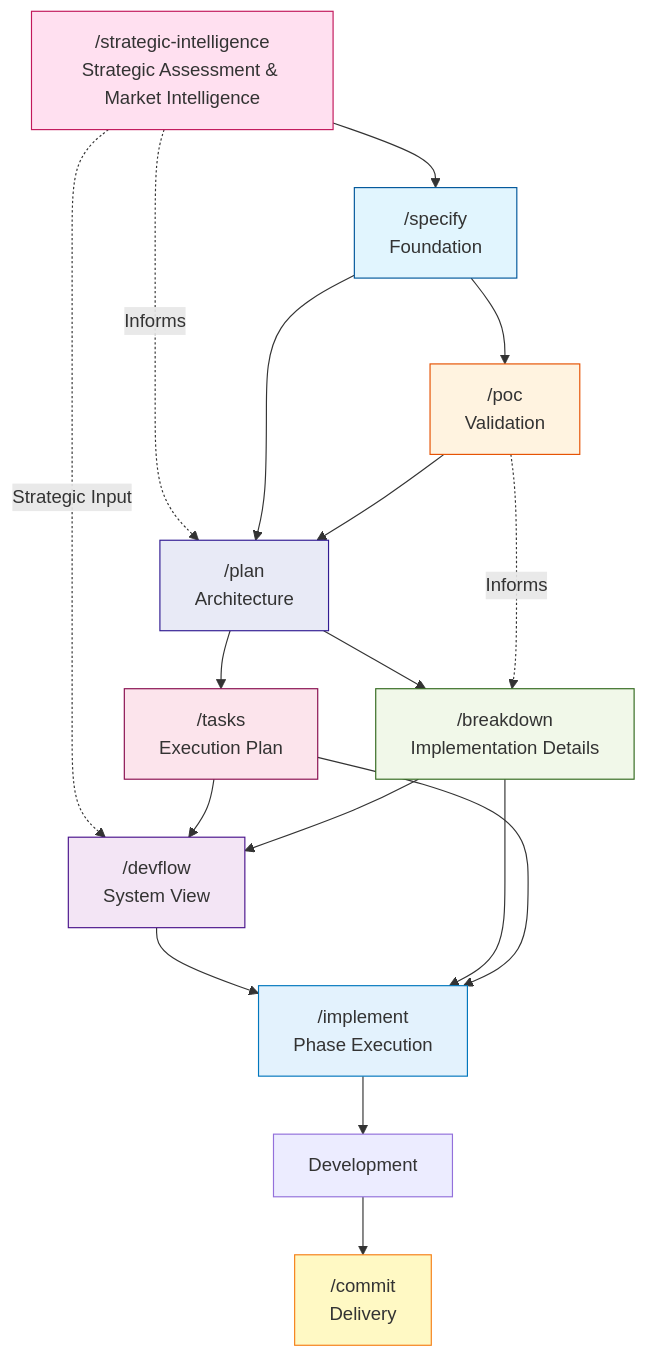
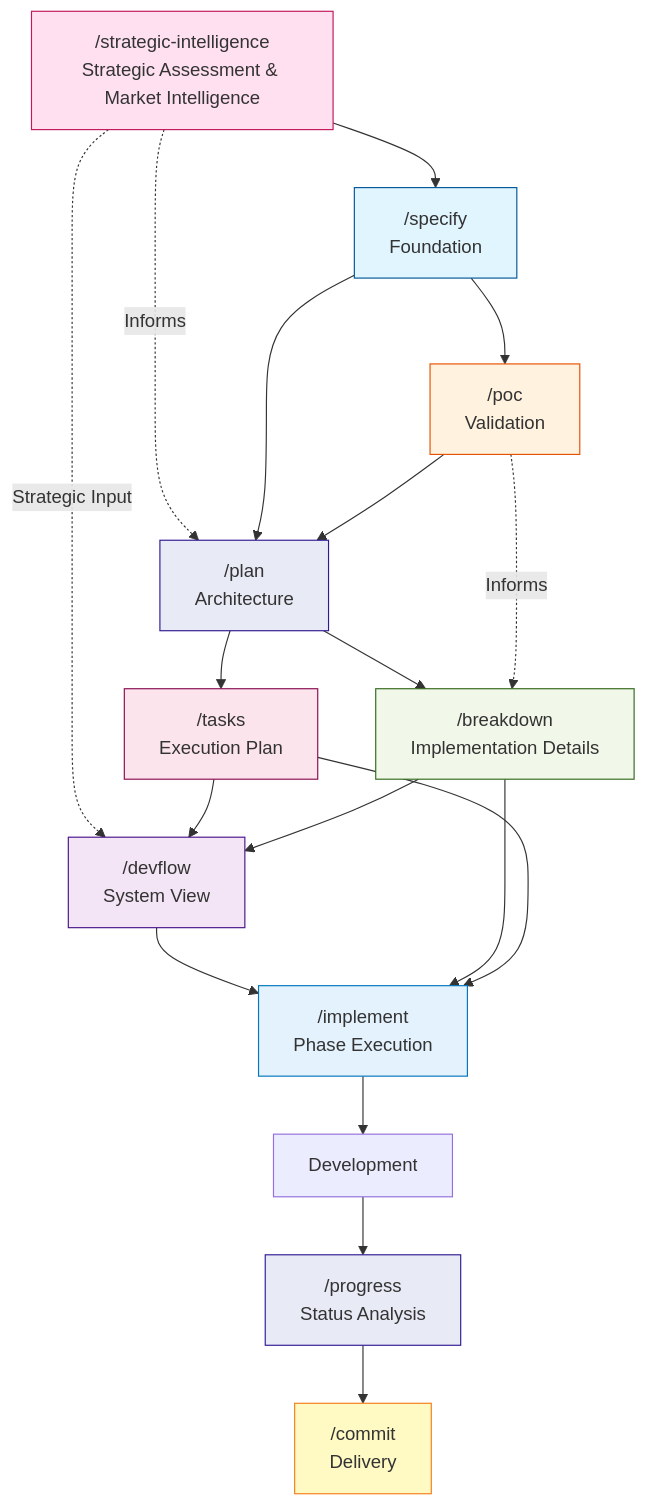
Diagram 13 of 23 in commands/WORKFLOW.md (Mathews-Tom/sage-dev), drawn with Mermaid before and after one commit. The commit also changed other lines of this file and 1 other file, not shown here.

Commit message:
docs: integrate /progress into workflow and usage. Positions status analysis between /implement and /commit with updated diagrams, sequences, scenarios, and checklists to improve delivery transparency.

````diff
--- a/commands/WORKFLOW.md
+++ b/commands/WORKFLOW.md
@@ -313,35 +324,37 @@
 ```mermaid
 graph TD
     Assessment["/strategic-intelligence<br/>Strategic Assessment & Market Intelligence"] --> Specify["/specify<br/>Foundation"]
     Assessment -.->|Informs| Plan["/plan<br/>Architecture"]
     Assessment -.->|Strategic Input| DevFlow["/devflow<br/>System View"]
 
     Specify --> Plan
     Specify --> POC["/poc<br/>Validation"]
 
     Plan --> Tasks["/tasks<br/>Execution Plan"]
     Plan --> Breakdown["/breakdown<br/>Implementation Details"]
 
     Tasks --> DevFlow
     Breakdown --> DevFlow
 
     POC --> Plan
     POC -.->|Informs| Breakdown
 
     DevFlow --> Implement["/implement<br/>Phase Execution"]
     Breakdown --> Implement
     Tasks --> Implement
 
     Implement --> Dev[Development]
-    Dev --> Commit["/commit<br/>Delivery"]
+    Dev --> Progress["/progress<br/>Status Analysis"]
+    Progress --> Commit["/commit<br/>Delivery"]
 
     style Assessment fill:#ffe0f0,stroke:#c2185b
     style Specify fill:#e1f5fe,stroke:#01579b
     style POC fill:#fff3e0,stroke:#e65100
     style Plan fill:#e8eaf6,stroke:#311b92
     style Tasks fill:#fce4ec,stroke:#880e4f
     style Breakdown fill:#f1f8e9,stroke:#33691e
     style DevFlow fill:#f3e5f5,stroke:#4a148c
     style Implement fill:#e3f2fd,stroke:#0277bd
+    style Progress fill:#e8eaf6,stroke:#311b92
     style Commit fill:#fff9c4,stroke:#f57f17
 ```
````
